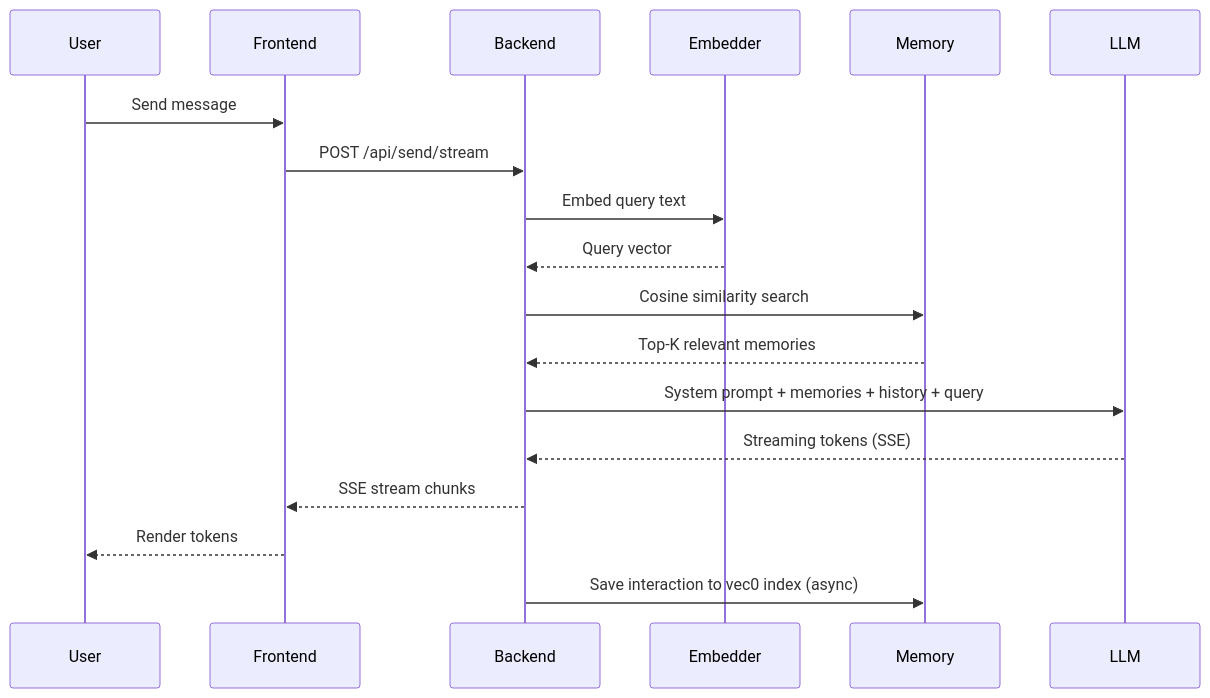
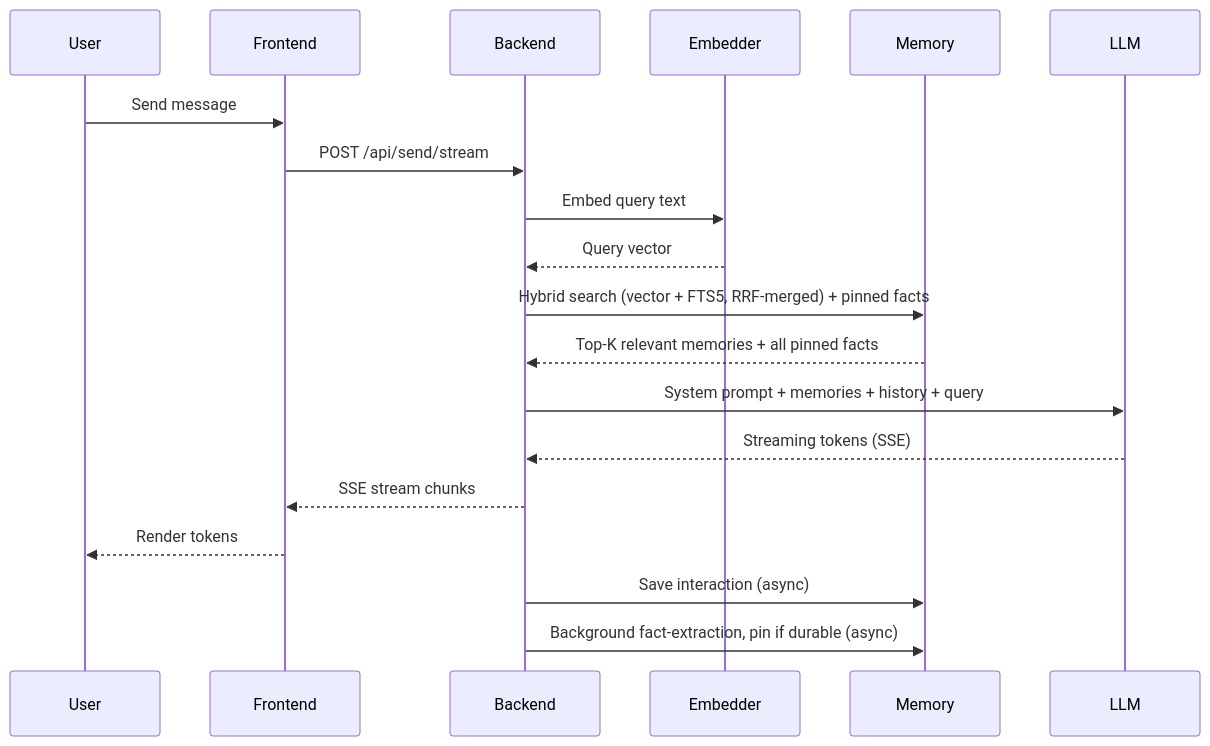
One commit to BugraAkdemir/memo changed the second of 3 diagrams in docs/architecture.md. Above: the diagram before and after it, drawn with Mermaid. The commit also changed other lines of this file and 14 other files, not shown here.

````diff
--- a/docs/architecture.md
+++ b/docs/architecture.md
@@ -68,21 +70,22 @@
 ```mermaid
 sequenceDiagram
     participant User
     participant Frontend
     participant Backend
     participant Embedder
     participant Memory
     participant LLM
 
     User->>Frontend: Send message
     Frontend->>Backend: POST /api/send/stream
     Backend->>Embedder: Embed query text
     Embedder-->>Backend: Query vector
-    Backend->>Memory: Cosine similarity search
-    Memory-->>Backend: Top-K relevant memories
+    Backend->>Memory: Hybrid search (vector + FTS5, RRF-merged) + pinned facts
+    Memory-->>Backend: Top-K relevant memories + all pinned facts
     Backend->>LLM: System prompt + memories + history + query
     LLM-->>Backend: Streaming tokens (SSE)
     Backend-->>Frontend: SSE stream chunks
     Frontend-->>User: Render tokens
-    Backend->>Memory: Save interaction to vec0 index (async)
+    Backend->>Memory: Save interaction (async)
+    Backend->>Memory: Background fact-extraction, pin if durable (async)
 ```
````
